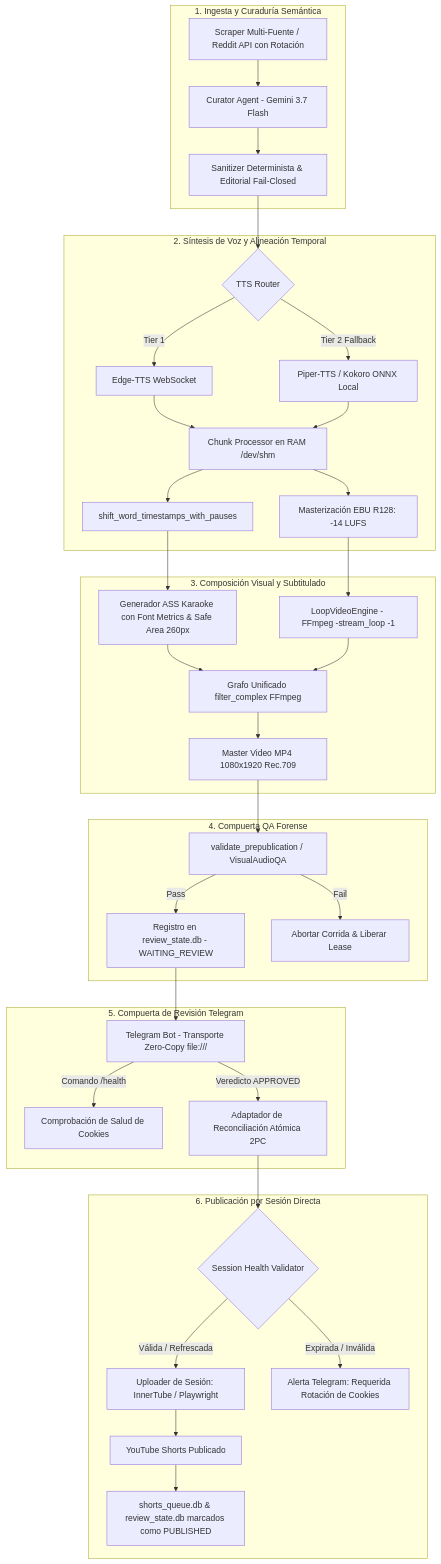
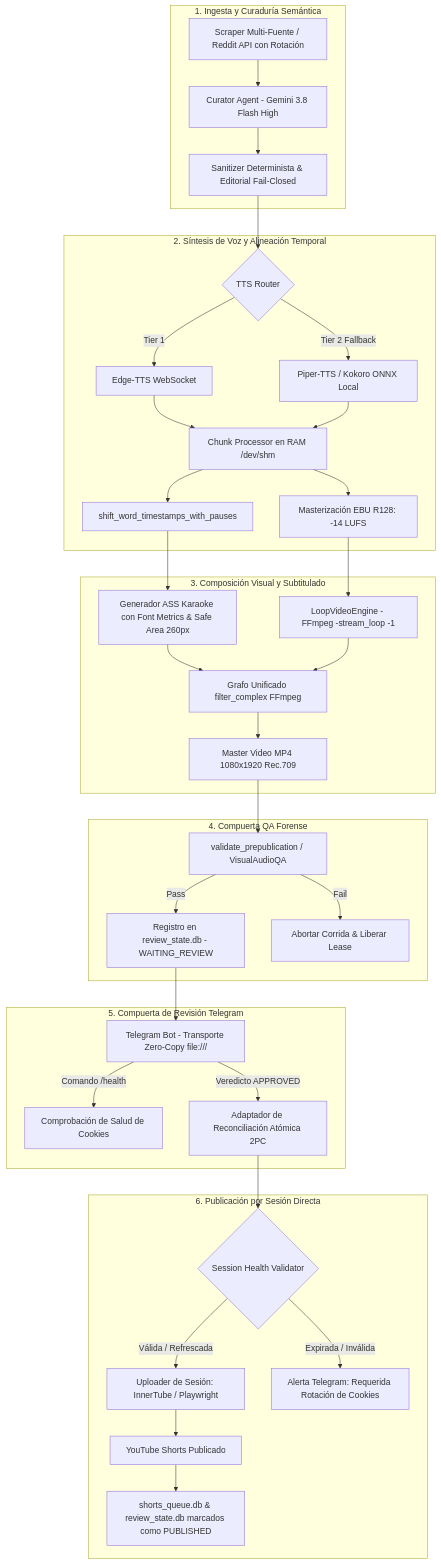
The first of 2 diagrams in docs/PLAN_ARQUITECTURA_V3_1.md (soyaelithia-ui/yt-auto), drawn with Mermaid before and after one commit. The commit also changed other lines of this file and 26 other files, not shown here.

Commit message:
refactor(channels): rename lanes and channels to thematic/numbered identifiers, consolidate Gemini 3.8 Flash High as exclusive model, and purge legacy bloat

````diff
--- a/docs/PLAN_ARQUITECTURA_V3_1.md
+++ b/docs/PLAN_ARQUITECTURA_V3_1.md
@@ -102,43 +102,43 @@
 ```mermaid
 flowchart TD
     subgraph S1_Ingesta_y_Curaduria["1. Ingesta y Curaduría Semántica"]
-        A1[Scraper Multi-Fuente / Reddit API con Rotación] --> A2[Curator Agent - Gemini 3.7 Flash]
+        A1[Scraper Multi-Fuente / Reddit API con Rotación] --> A2[Curator Agent - Gemini 3.8 Flash High]
         A2 --> A3[Sanitizer Determinista & Editorial Fail-Closed]
     end
 
     subgraph S2_Voz_y_Tiempo["2. Síntesis de Voz y Alineación Temporal"]
         A3 --> B1{TTS Router}
         B1 -->|Tier 1| B2[Edge-TTS WebSocket]
         B1 -->|Tier 2 Fallback| B3[Piper-TTS / Kokoro ONNX Local]
         B2 & B3 --> B4[Chunk Processor en RAM /dev/shm]
         B4 --> B5[shift_word_timestamps_with_pauses]
         B4 --> B6[Masterización EBU R128: -14 LUFS]
     end
 
     subgraph S3_Composicion_Visual["3. Composición Visual y Subtitulado"]
         B5 --> C1[Generador ASS Karaoke con Font Metrics & Safe Area 260px]
         B6 --> C2[LoopVideoEngine - FFmpeg -stream_loop -1]
         C1 & C2 --> C3[Grafo Unificado filter_complex FFmpeg]
         C3 --> C4[Master Video MP4 1080x1920 Rec.709]
     end
 
     subgraph S4_Auditoria_QA["4. Compuerta QA Forense"]
         C4 --> D1[validate_prepublication / VisualAudioQA]
         D1 -->|Pass| D2[Registro en review_state.db - WAITING_REVIEW]
         D1 -->|Fail| D3[Abortar Corrida & Liberar Lease]
     end
 
     subgraph S5_Revision_y_Telegram["5. Compuerta de Revisión Telegram"]
         D2 --> E1[Telegram Bot - Transporte Zero-Copy file:///]
         E1 -->|Comando /health| E2[Comprobación de Salud de Cookies]
         E1 -->|Veredicto APPROVED| E3[Adaptador de Reconciliación Atómica 2PC]
     end
 
     subgraph S6_Publicacion_Sesion["6. Publicación por Sesión Directa"]
         E3 --> F1{Session Health Validator}
         F1 -->|Válida / Refrescada| F2[Uploader de Sesión: InnerTube / Playwright]
         F1 -->|Expirada / Inválida| F3[Alerta Telegram: Requerida Rotación de Cookies]
         F2 --> F4[YouTube Shorts Publicado]
         F4 --> F5[shorts_queue.db & review_state.db marcados como PUBLISHED]
     end
 ```
````
